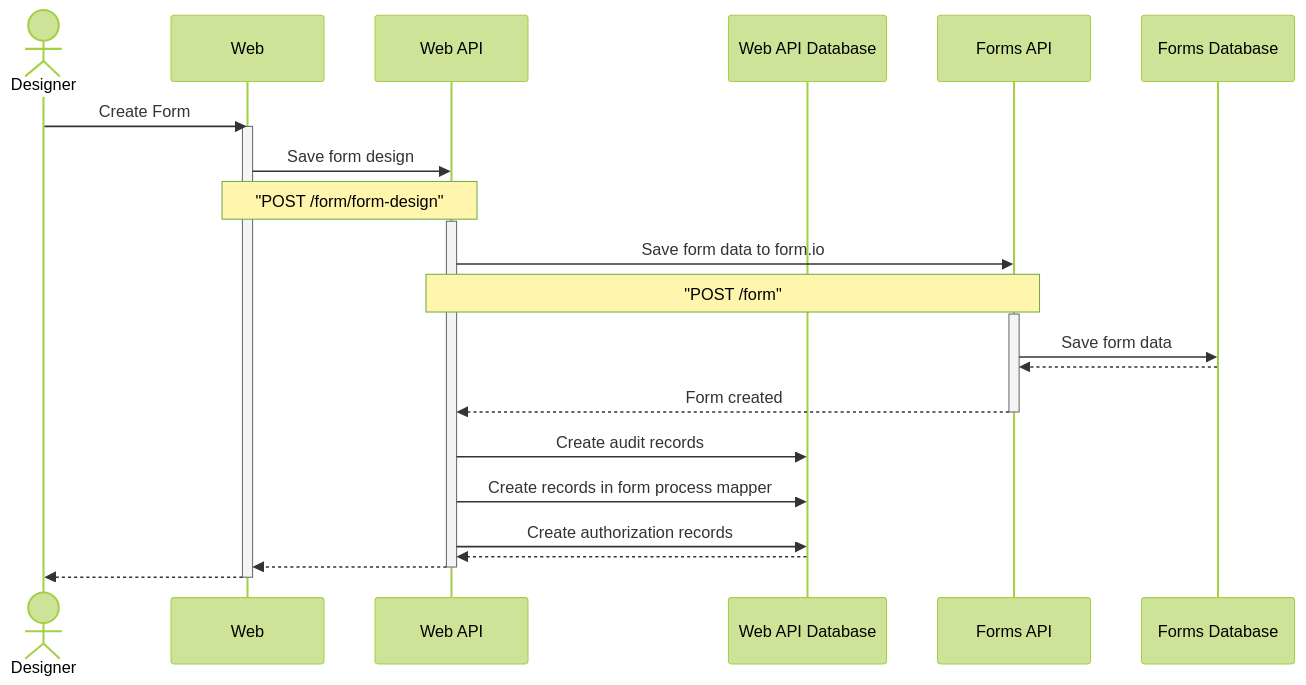
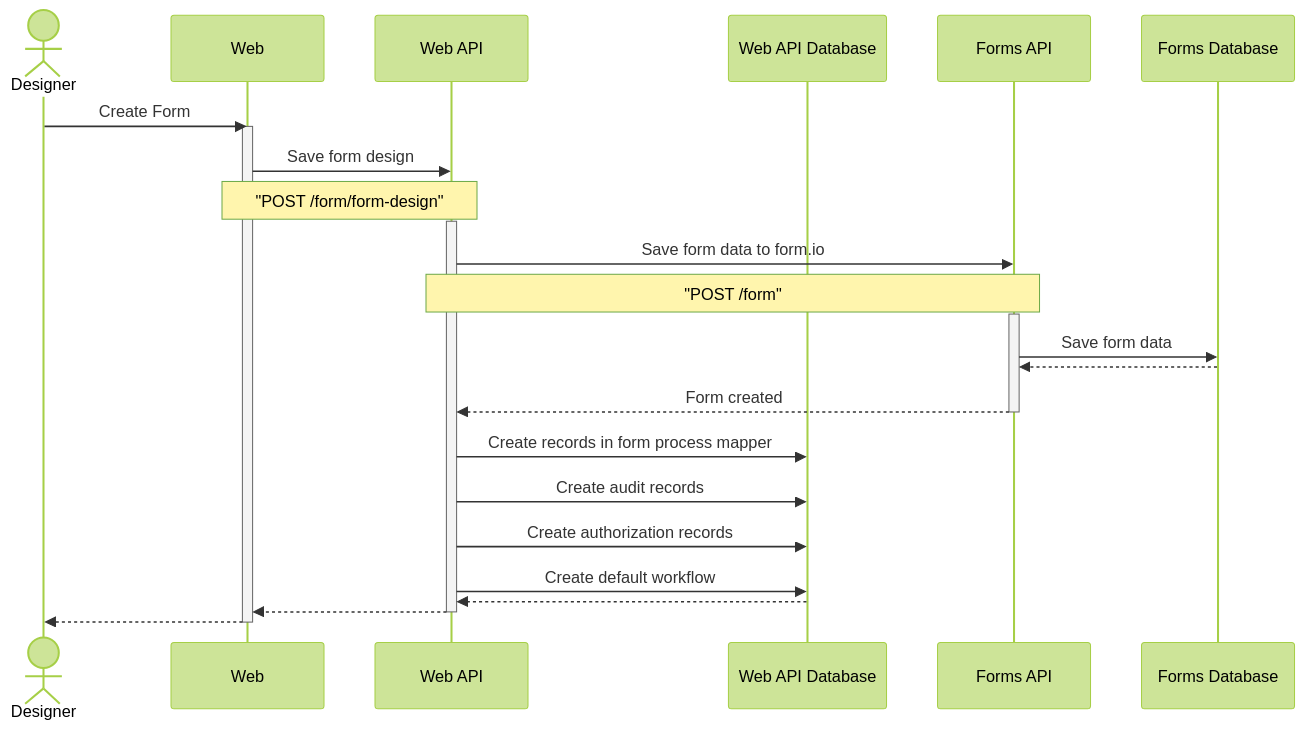
Before and after one commit to auslin-aot/forms-flow-ai: the diagram in docs/sequence-diagrams/designer-flow.md, drawn with Mermaid (forest theme).

````diff
--- a/docs/sequence-diagrams/designer-flow.md
+++ b/docs/sequence-diagrams/designer-flow.md
@@ -5,33 +5,34 @@
 ```mermaid
 sequenceDiagram
     actor Designer as Designer
     participant web as Web
     participant web-api as Web API
     participant web-api-db as Web API Database
     participant forms-api as Forms API
     participant forms-db as Forms Database
 
     Designer ->> web: Create Form
     activate web
     web ->> web-api: Save form design
     Note over web,web-api: "POST /form/form-design"
     activate web-api
     web-api ->> forms-api: Save form data to form.io
     Note over web-api,forms-api: "POST /form"
     activate forms-api
     forms-api->>forms-db: Save form data
     forms-db-->>forms-api: 
     forms-api -->> web-api: Form created
     deactivate forms-api
+    web-api ->> web-api-db: Create records in form process mapper
     web-api ->> web-api-db: Create audit records
-    web-api ->> web-api-db : Create records in form process mapper
-    web-api ->> web-api-db : Create authorization records
+    web-api ->> web-api-db: Create authorization records
+    web-api ->> web-api-db: Create default workflow
     web-api-db -->> web-api : 
     web-api -->> web : 
     deactivate web-api
     web -->> Designer : 
     deactivate web
 
 
 
 ```
````
